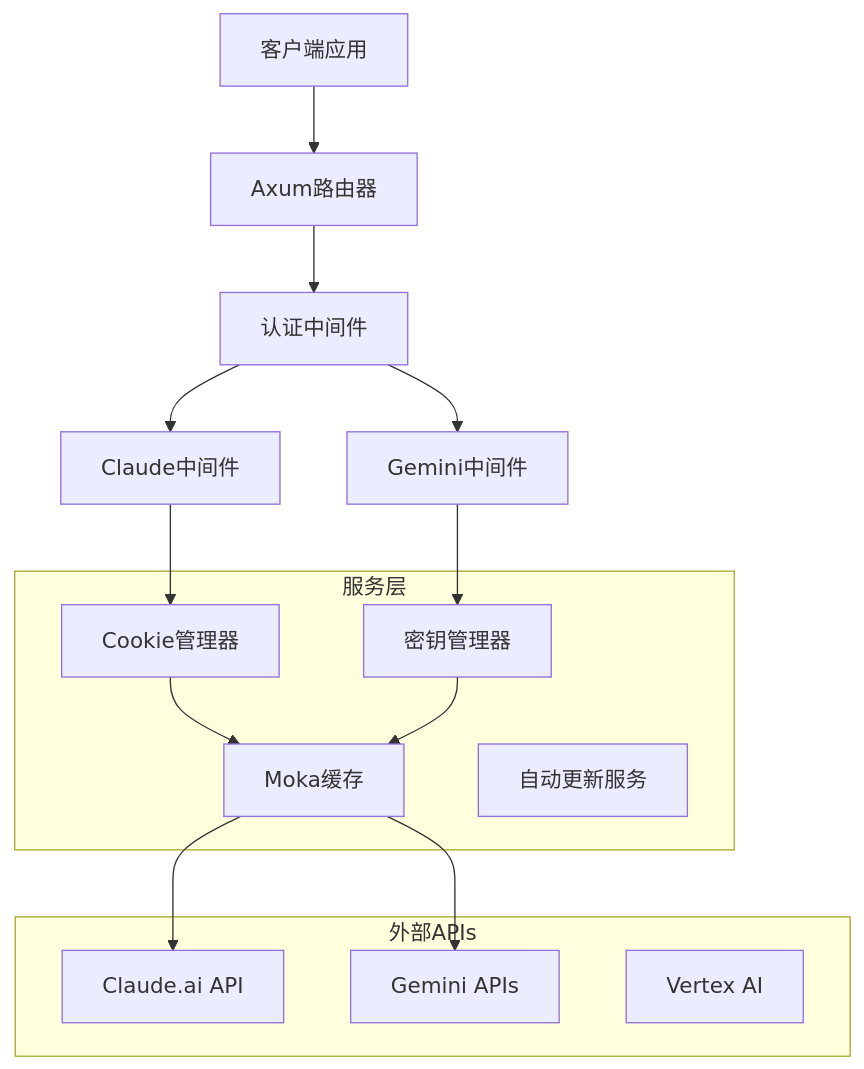
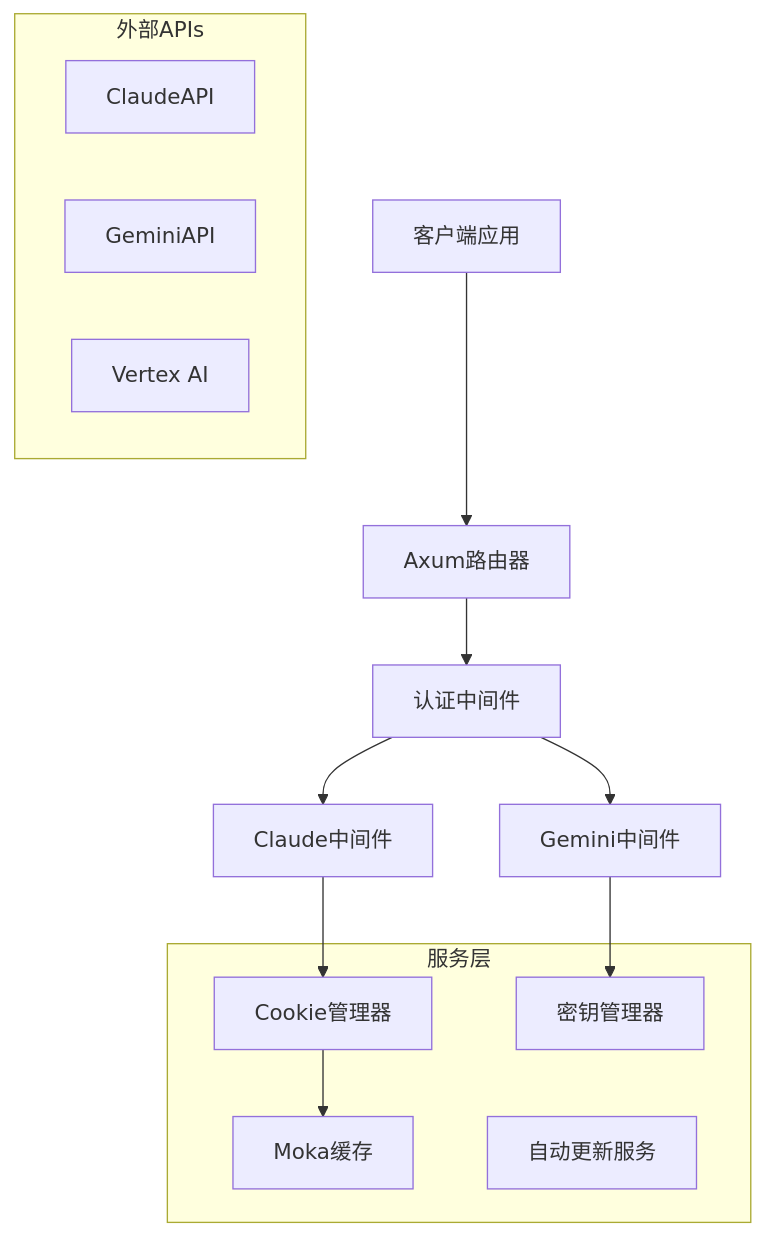
One commit to zhu748/nfalm changed the diagram in README_zh.md. Above: the diagram before and after it, drawn with Mermaid. The commit also changed other lines of this file and 14 other files, not shown here.

````diff
--- a/README_zh.md
+++ b/README_zh.md
@@ -357,29 +354,25 @@
 ```mermaid
 graph TB
     Client[客户端应用] --> Router[Axum路由器]
     Router --> Auth[认证中间件]
     Auth --> Claude[Claude中间件]
     Auth --> Gemini[Gemini中间件]
     
     Claude --> CookieManager[Cookie管理器]
     Gemini --> KeyManager[密钥管理器]
     
     CookieManager --> Cache[Moka缓存]
-    KeyManager --> Cache
-    
-    Cache --> ClaudeAPI[Claude.ai API]
-    Cache --> GeminiAPI[Gemini APIs]
     
     subgraph "服务层"
         CookieManager
         KeyManager
         Cache
         UpdateService[自动更新服务]
     end
     
     subgraph "外部APIs"
         ClaudeAPI
         GeminiAPI
         VertexAPI[Vertex AI]
     end
 ```
````
